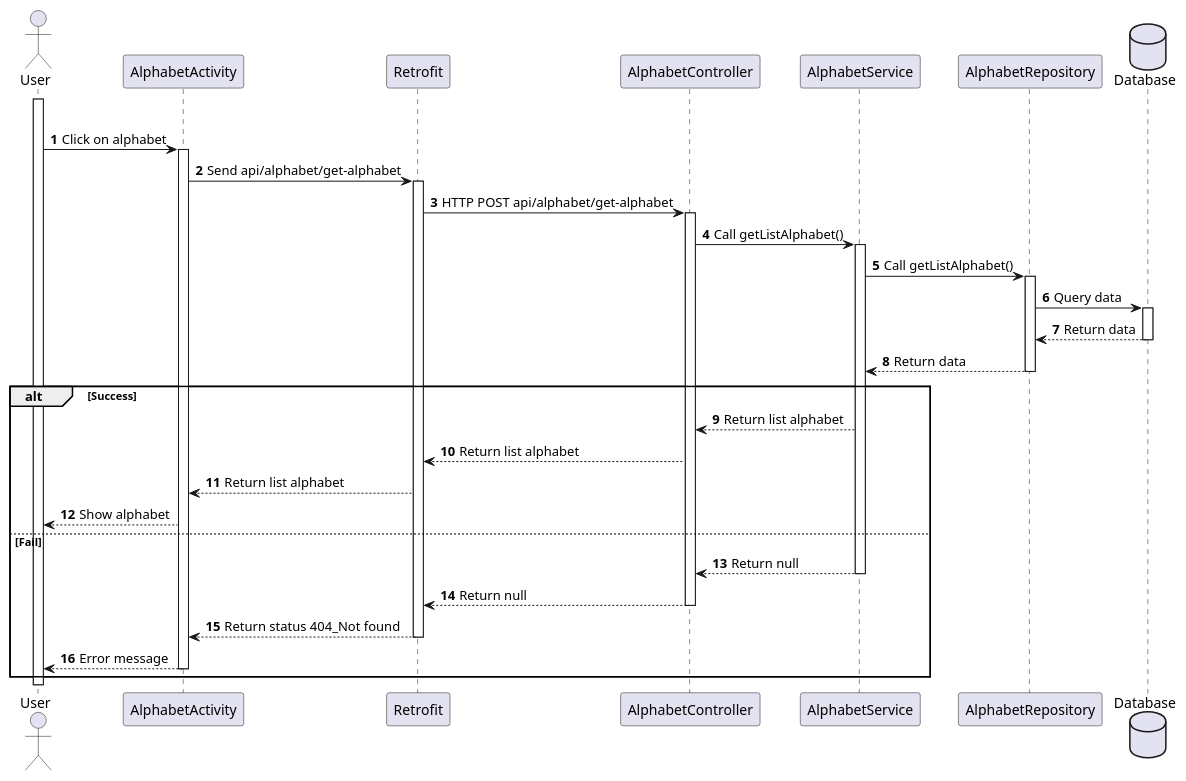
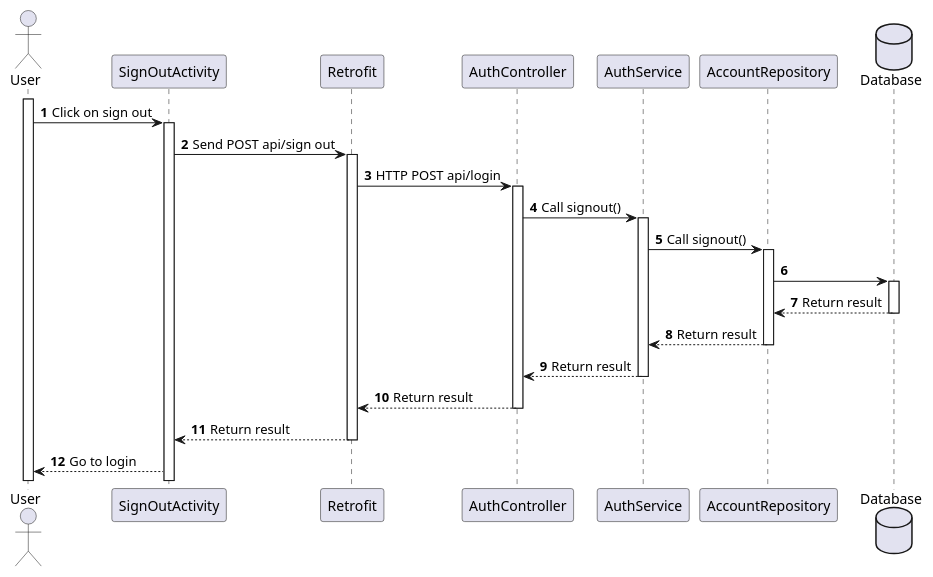
One commit to Annthe160639/japanese-app changed the diagram in japanese-app/plant_uml/[Sequence] Logout.puml. Above: the diagram before and after it, drawn with PlantUML. The commit also changed 6 other files, not shown here.

Commit message:
update sequence

```diff
--- a/japanese-app/plant_uml/[Sequence] Logout.puml
+++ b/japanese-app/plant_uml/[Sequence] Logout.puml
@@ -1,41 +1,35 @@
 @startuml
 'https://plantuml.com/sequence-diagram
 
-autonumber
+'use case: đăng nhập
 
 actor User
 
-participant "AlphabetActivity" as Alphabet
-participant "Retrofit" as Retrofit
-participant "AlphabetController" as Controller
-participant "AlphabetService" as Service
-participant "AlphabetRepository" as Repo
+participant SignOutActivity as SignOut
+participant Retrofit
+participant AuthController
+participant AuthService
+participant AccountRepository
 
 database Database
+
 activate User
-alt Success
-User -> Alphabet++: Click on alphabet
-Alphabet -> Retrofit++: Send api/alphabet/get-alphabet
-Retrofit -> Controller++: HTTP POST api/alphabet/get-alphabet
-Controller -> Service++: Call getListAlphabet()
-Service -> Repo++: Call getListAlphabet()
-Repo -> Database++: Query data
-Database-->Repo--: Return data
-Repo-->Service--: Return data
-alt Success
 
-Service-->Controller: Return list alphabet
-Controller-->Retrofit: Return list alphabet
-Retrofit --> Alphabet: Return list alphabet
-Alphabet --> User: Show alphabet
+autonumber
+User -> SignOut++: Click on sign out
+SignOut -> Retrofit++: Send POST api/sign out
+Retrofit -> AuthController++: HTTP POST api/login
+AuthController -> AuthService++: Call signout()
+AuthService -> AccountRepository++: Call signout()
+AccountRepository -> Database++:
 
-else Fail
+Database --> AccountRepository--: Return result
+AccountRepository --> AuthService--: Return result
+AuthService --> AuthController--: Return result
+AuthController --> Retrofit--: Return result
+Retrofit-->SignOut--: Return result
+SignOut-->User:Go to login
 
-Service-->Controller--: Return null
-Controller-->Retrofit--: Return null
-Retrofit --> Alphabet--: Return status 404_Not found
-Alphabet --> User--: Error message
-end
 
 
 @enduml
```
